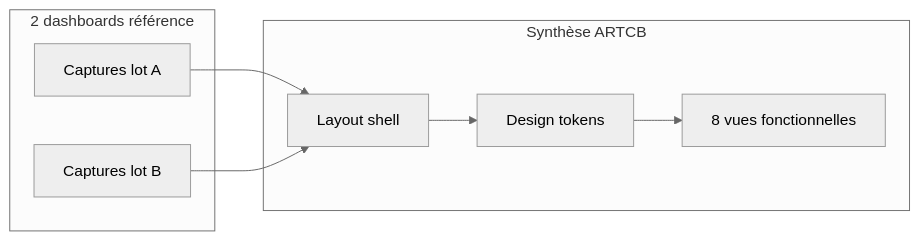
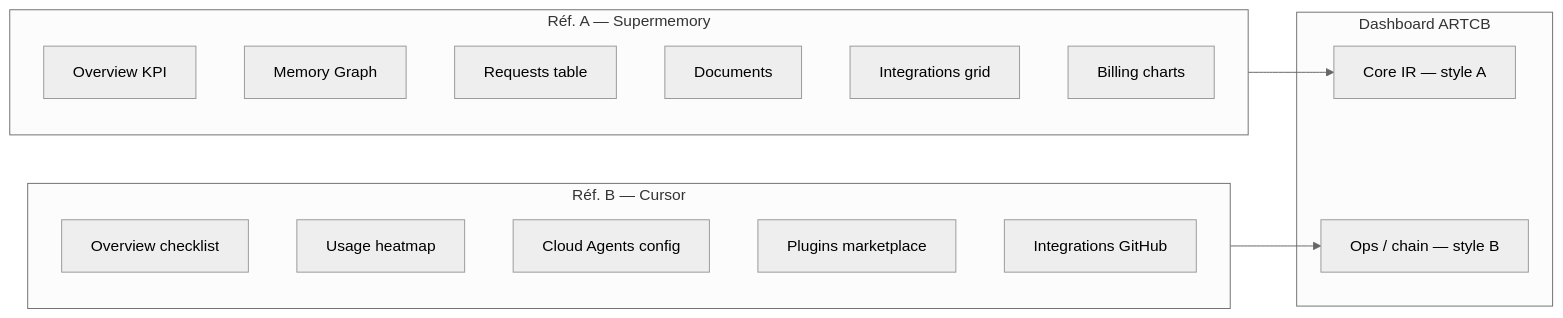
One commit to vgac2025/lvx changed the first of 4 diagrams in CAHIER_DES_CHARGES_DASHBOARD_ARTCB.md. Above: the diagram before and after it, drawn with Mermaid (neutral theme). The commit also changed other lines of this file and 1 other file, not shown here.

Commit message:
docs: CDC dashboard v1.2 — analyse 50 captures Supermemory + Cursor

````diff
--- a/CAHIER_DES_CHARGES_DASHBOARD_ARTCB.md
+++ b/CAHIER_DES_CHARGES_DASHBOARD_ARTCB.md
@@ -95,15 +93,24 @@
 ```mermaid
 flowchart LR
-    subgraph REFS["2 dashboards référence"]
-        A[Captures lot A]
-        B[Captures lot B]
+    subgraph A["Réf. A — Supermemory"]
+        A1[Overview KPI]
+        A2[Memory Graph]
+        A3[Requests table]
+        A4[Documents]
+        A5[Integrations grid]
+        A6[Billing charts]
     end
-    subgraph SYNTH["Synthèse ARTCB"]
-        L[Layout shell]
-        T[Design tokens]
-        V[8 vues fonctionnelles]
+    subgraph B["Réf. B — Cursor"]
+        B1[Overview checklist]
+        B2[Usage heatmap]
+        B3[Cloud Agents config]
+        B4[Plugins marketplace]
+        B5[Integrations GitHub]
     end
-    A --> L
-    B --> L
-    L --> T --> V
+    subgraph ARTCB["Dashboard ARTCB"]
+        C1[Core IR — style A]
+        C2[Ops / chain — style B]
+    end
+    A --> C1
+    B --> C2
 ```
````
